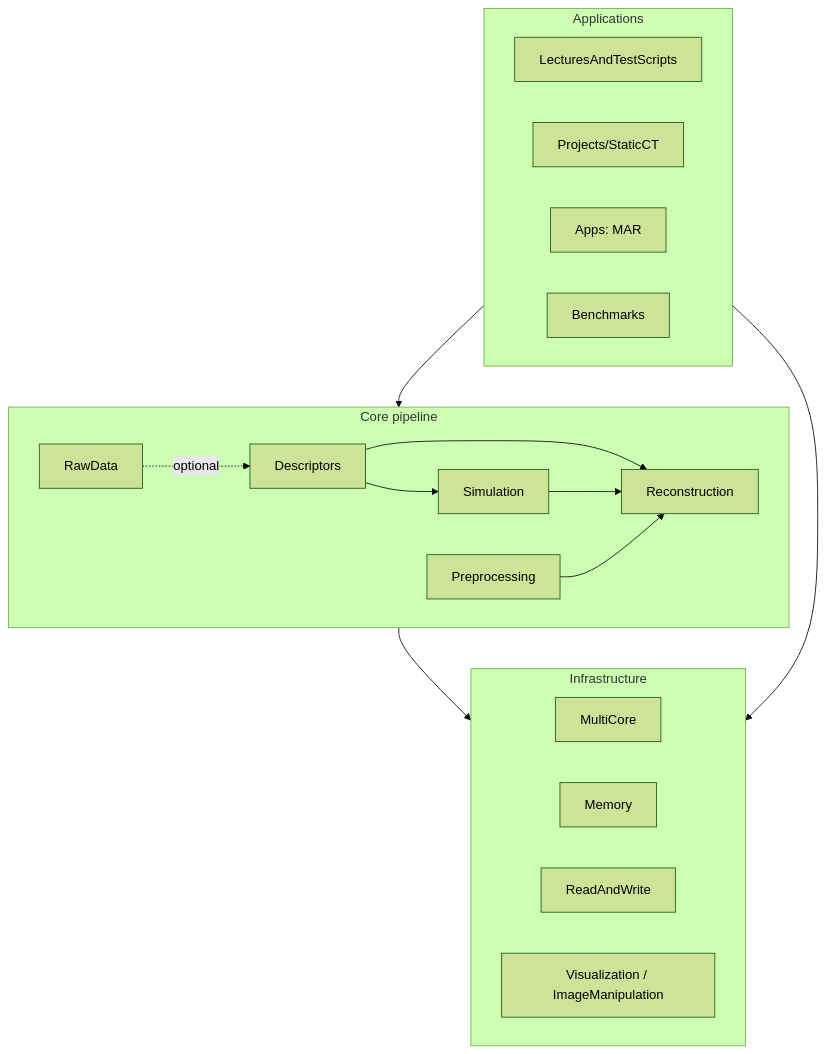
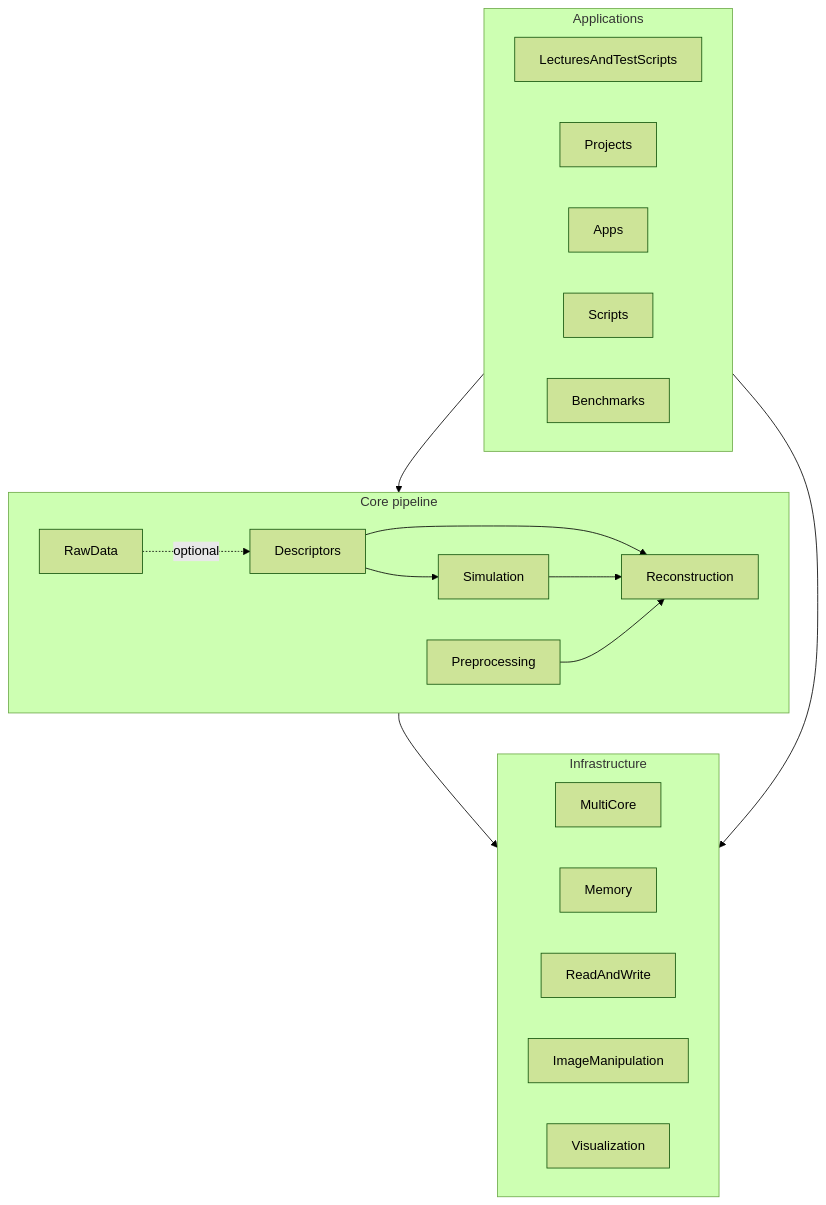
One commit to ChristianMatthias84/CTBasics_Python changed the first of 2 diagrams in LibraryConcept.md. Above: the diagram before and after it, drawn with Mermaid (forest theme). The commit also changed other lines of this file and 1 other file, not shown here.

````diff
--- a/LibraryConcept.md
+++ b/LibraryConcept.md
@@ -45,25 +45,27 @@
 ```mermaid
 flowchart TB
     subgraph Apps["Applications"]
         L[LecturesAndTestScripts]
-        P[Projects/StaticCT]
-        A[Apps: MAR]
+        P[Projects]
+        A[Apps]
+        SC[Scripts]
         B[Benchmarks]
     end
     subgraph Core["Core pipeline"]
         D[Descriptors] --> S[Simulation]
         D --> R[Reconstruction]
         S --> R
         PP[Preprocessing] --> R
         RD[RawData] -. optional .-> D
     end
     subgraph Infra["Infrastructure"]
         MC[MultiCore]
         M[Memory]
         IO[ReadAndWrite]
-        V[Visualization / ImageManipulation]
+        IM[ImageManipulation]
+        V[Visualization]
     end
     Apps --> Core
     Core --> Infra
     Apps --> Infra
 ```
````
